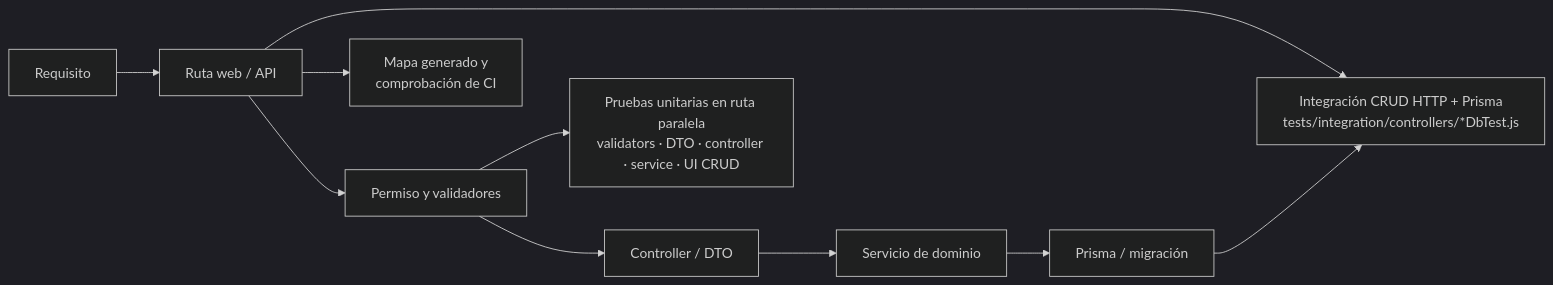
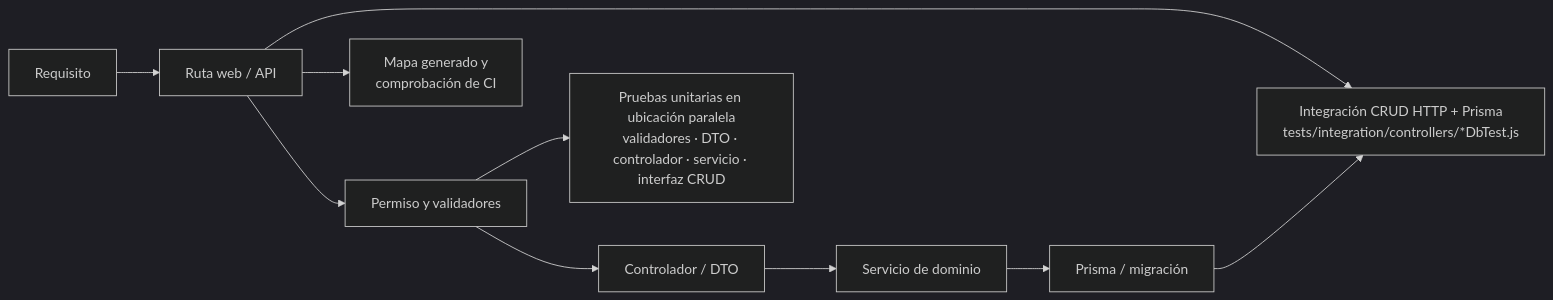
The fourth of 4 diagrams in docs/requirements-diagrams.md (gpgsistemas01/nexus), drawn with Mermaid (dark theme) before and after one commit. The commit also changed other lines of this file and 7 other files, not shown here.

````diff
--- a/docs/requirements-diagrams.md
+++ b/docs/requirements-diagrams.md
@@ -99,12 +99,12 @@
 ```mermaid
 flowchart LR
     requirement["Requisito"] --> route["Ruta web / API"]
     route --> validation["Permiso y validadores"]
-    validation --> controller["Controller / DTO"]
+    validation --> controller["Controlador / DTO"]
     controller --> service["Servicio de dominio"]
     service --> schema["Prisma / migración"]
-    validation --> unit["Pruebas unitarias en ruta paralela<br/>validators · DTO · controller · service · UI CRUD"]
+    validation --> unit["Pruebas unitarias en ubicación paralela<br/>validadores · DTO · controlador · servicio · interfaz CRUD"]
     route --> integration["Integración CRUD HTTP + Prisma<br/>tests/integration/controllers/*DbTest.js"]
     schema --> integration
     route --> generated["Mapa generado y<br/>comprobación de CI"]
 ```
````
